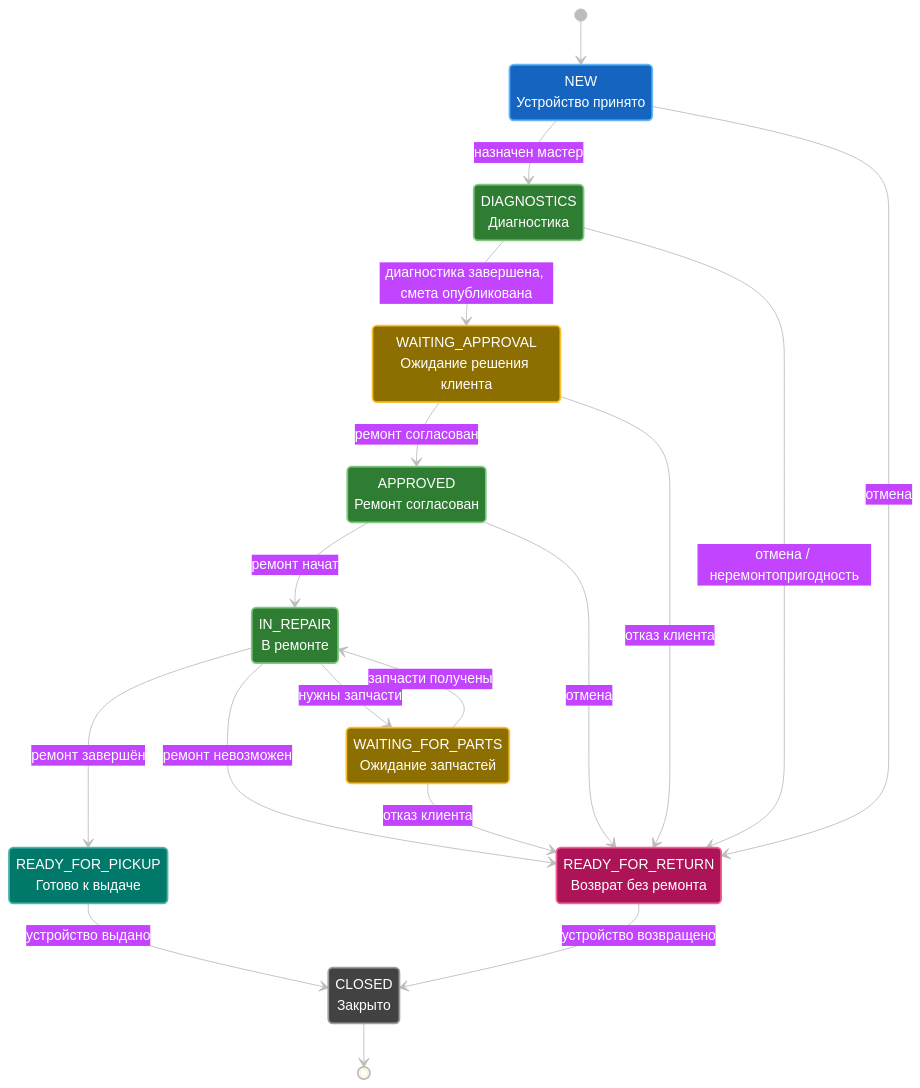
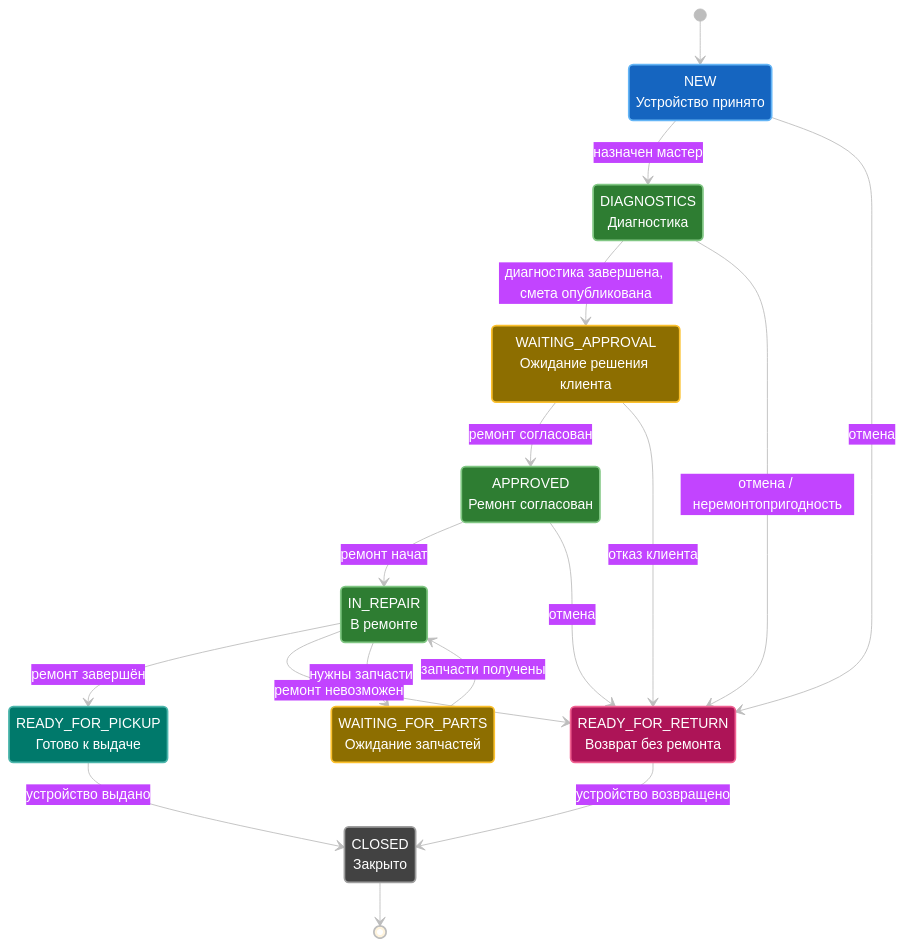
One commit to ITrue33/repairdesk changed the diagram in README.md. Above: the diagram before and after it, drawn with Mermaid.

Commit message:
remove WAITING_FOR_PARTS-->READY_FOR_RETURN

````diff
--- a/README.md
+++ b/README.md
@@ -42,66 +42,64 @@
 ```mermaid
 %%{init: {
   "theme": "base",
   "themeVariables": {
     "darkMode": true,
     "background": "#000000",
     "primaryTextColor": "#ffffff",
     "textColor": "#ffffff",
     "lineColor": "#bdbdbd"
   }
 }}%%
 
 stateDiagram-v2
     direction TB
 
     state "NEW<br/>Устройство принято" as NEW
     state "DIAGNOSTICS<br/>Диагностика" as DIAGNOSTICS
     state "WAITING_APPROVAL<br/>Ожидание решения клиента" as WAITING_APPROVAL
     state "APPROVED<br/>Ремонт согласован" as APPROVED
     state "IN_REPAIR<br/>В ремонте" as IN_REPAIR
     state "WAITING_FOR_PARTS<br/>Ожидание запчастей" as WAITING_FOR_PARTS
     state "READY_FOR_PICKUP<br/>Готово к выдаче" as READY_FOR_PICKUP
     state "READY_FOR_RETURN<br/>Возврат без ремонта" as READY_FOR_RETURN
     state "CLOSED<br/>Закрыто" as CLOSED
 
     [*] --> NEW
 
     NEW --> DIAGNOSTICS : назначен мастер
     NEW --> READY_FOR_RETURN : отмена
 
     DIAGNOSTICS --> WAITING_APPROVAL : диагностика завершена, смета опубликована
     DIAGNOSTICS --> READY_FOR_RETURN : отмена / неремонтопригодность
 
     WAITING_APPROVAL --> APPROVED : ремонт согласован
     WAITING_APPROVAL --> READY_FOR_RETURN : отказ клиента
 
     APPROVED --> IN_REPAIR : ремонт начат
     APPROVED --> READY_FOR_RETURN : отмена
 
     IN_REPAIR --> READY_FOR_PICKUP : ремонт завершён
     IN_REPAIR --> READY_FOR_RETURN : ремонт невозможен
     
     IN_REPAIR --> WAITING_FOR_PARTS : нужны запчасти
-    
     WAITING_FOR_PARTS --> IN_REPAIR : запчасти получены
-    WAITING_FOR_PARTS --> READY_FOR_RETURN : отказ клиента
 
     READY_FOR_PICKUP --> CLOSED : устройство выдано
     READY_FOR_RETURN --> CLOSED : устройство возвращено
 
     CLOSED --> [*]
 
     classDef newState fill:#1565c0,stroke:#64b5f6,stroke-width:2px,color:#ffffff
     classDef processState fill:#2e7d32,stroke:#81c784,stroke-width:2px,color:#ffffff
     classDef waitingState fill:#8d6e00,stroke:#fbc02d,stroke-width:2px,color:#ffffff
     classDef successState fill:#00796b,stroke:#4db6ac,stroke-width:2px,color:#ffffff
     classDef returnState fill:#ad1457,stroke:#f06292,stroke-width:2px,color:#ffffff
     classDef closedState fill:#424242,stroke:#9e9e9e,stroke-width:2px,color:#ffffff
 
     class NEW newState
     class DIAGNOSTICS,APPROVED,IN_REPAIR processState
     class WAITING_APPROVAL,WAITING_FOR_PARTS waitingState
     class READY_FOR_PICKUP successState
     class READY_FOR_RETURN returnState
     class CLOSED closedState
 ```
````
